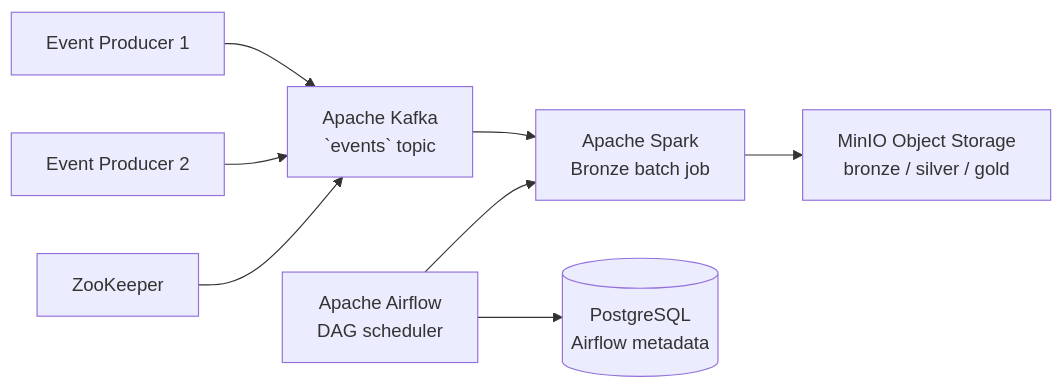
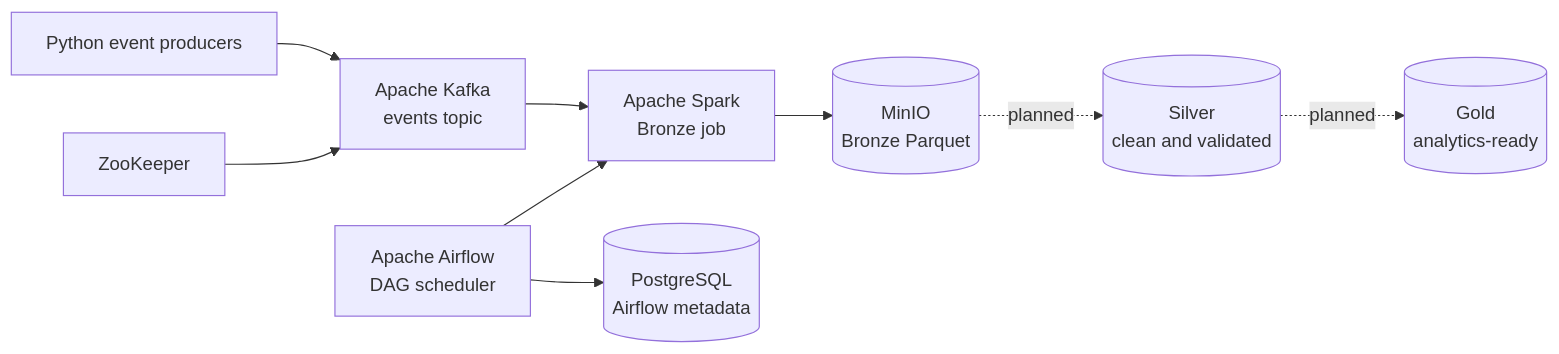
Before and after one commit to Arqaen/data-pipeline-management: the first of 2 diagrams in README.md, drawn with Mermaid. The commit also changed other lines of this file and 1 other file, not shown here.

````diff
--- a/README.md
+++ b/README.md
@@ -17,10 +33,11 @@
 ```mermaid
 flowchart LR
-    P1[Event Producer 1] --> K[Apache Kafka\n`events` topic]
-    P2[Event Producer 2] --> K
-    K --> S[Apache Spark\nBronze batch job]
-    A[Apache Airflow\nDAG scheduler] --> S
-    S --> M[MinIO Object Storage\nbronze / silver / gold]
-    A --> PG[(PostgreSQL\nAirflow metadata)]
+    P[Python event producers] --> K[Apache Kafka<br/>events topic]
+    A[Apache Airflow<br/>DAG scheduler] --> S[Apache Spark<br/>Bronze job]
+    K --> S
+    S --> B[(MinIO<br/>Bronze Parquet)]
+    B -. planned .-> V[(Silver<br/>clean and validated)]
+    V -. planned .-> G[(Gold<br/>analytics-ready)]
+    A --> PG[(PostgreSQL<br/>Airflow metadata)]
     Z[ZooKeeper] --> K
 ```
````
